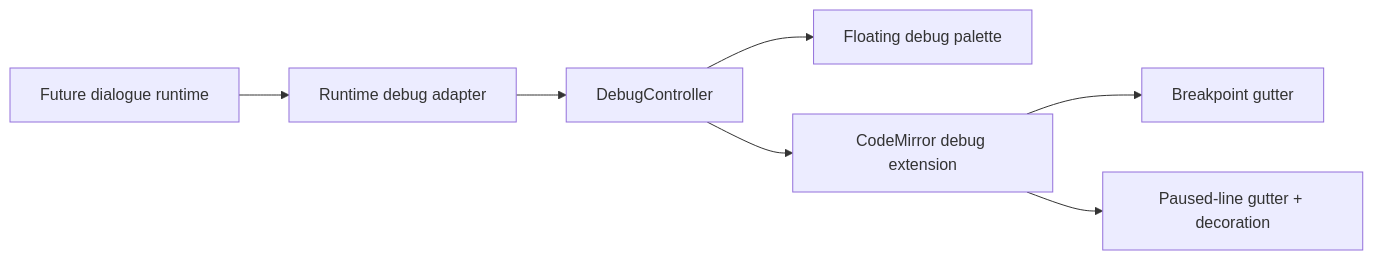
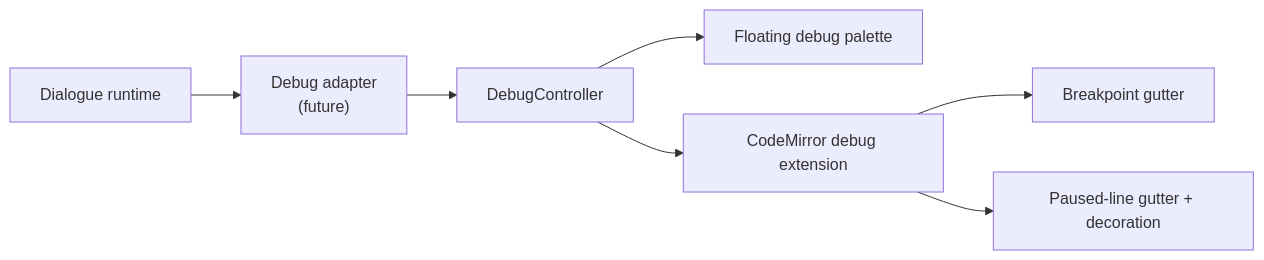
The first of 2 diagrams in docs/contributing/design-notes/visualization/session/Live Visualization - Line Debugger UI.md (pengzhengyi/dialoguedown), drawn with Mermaid before and after one commit. The commit also changed 11 other files, not shown here.

````diff
--- a/docs/contributing/design-notes/visualization/session/Live Visualization - Line Debugger UI.md
+++ b/docs/contributing/design-notes/visualization/session/Live Visualization - Line Debugger UI.md
@@ -38,9 +38,9 @@
 ```mermaid
 flowchart LR
-    R["Future dialogue runtime"] --> A["Runtime debug adapter"]
+    R["Dialogue runtime"] --> A["Debug adapter<br/>(future)"]
     A --> C["DebugController"]
     C --> T["Floating debug palette"]
     C --> E["CodeMirror debug extension"]
     E --> B["Breakpoint gutter"]
     E --> P["Paused-line gutter + decoration"]
 ```
````
